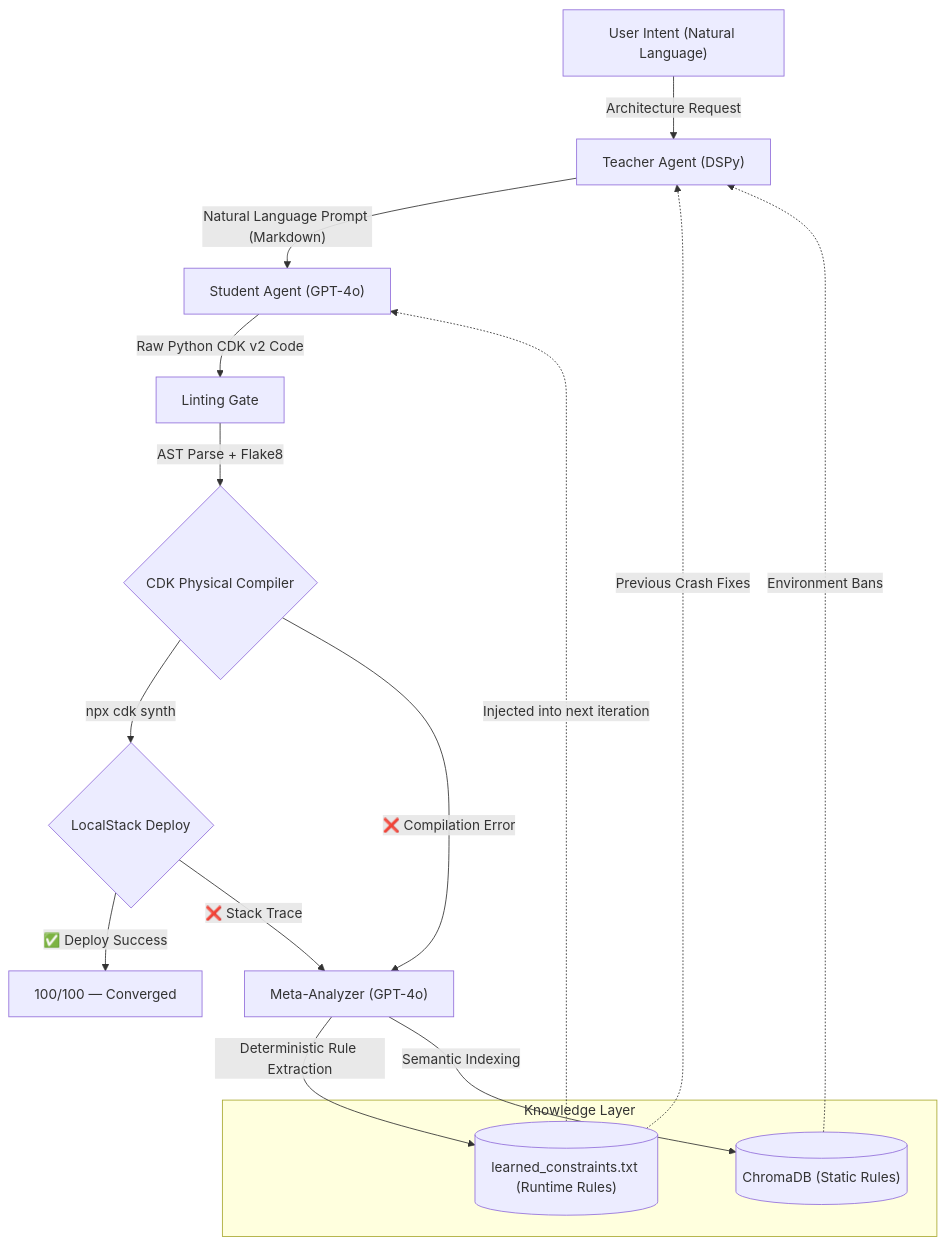
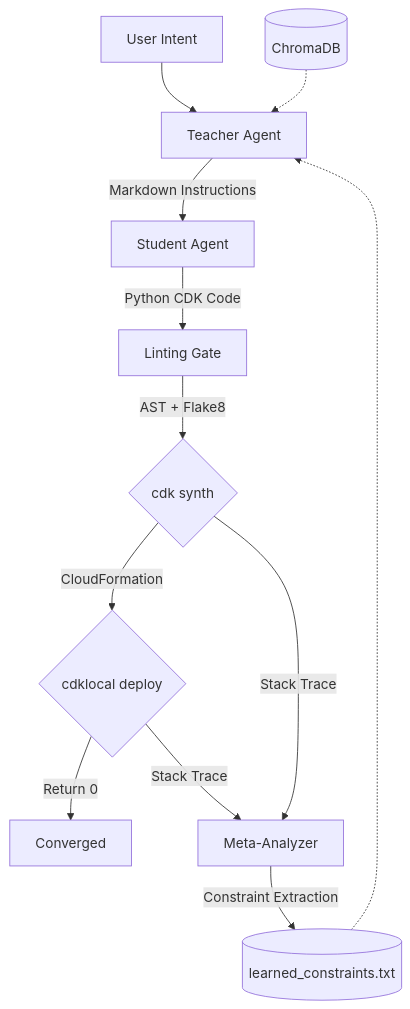
The diagram in README.md (vjb/iac-self-healer), drawn with Mermaid before and after one commit. The commit also changed other lines of this file and 2 other files, not shown here.

Commit message:
fix: Add SSM to LocalStack SERVICES env, rewrite docs to institutional standards, add ARCHITECTURE.md

````diff
--- a/README.md
+++ b/README.md
@@ -13,27 +15,19 @@
 ```mermaid
 graph TD
-    A["User Intent (Natural Language)"] -->|Architecture Request| B["Teacher Agent (DSPy)"]
+    A["User Intent"] --> B["Teacher Agent"]
     
-    subgraph "Knowledge Layer"
-        C[("ChromaDB (Static Rules)")]
-        H[("learned_constraints.txt (Runtime Rules)")]
-    end
+    C[("ChromaDB")] -.-> B
+    H[("learned_constraints.txt")] -.-> B
     
-    C -.->|Environment Bans| B
-    H -.->|Previous Crash Fixes| B
+    B -->|"Markdown Instructions"| D["Student Agent"]
+    D -->|"Python CDK Code"| E["Linting Gate"]
     
-    B -->|"Natural Language Prompt (Markdown)"| D["Student Agent (GPT-4o)"]
-    D -->|"Raw Python CDK v2 Code"| E["Linting Gate"]
+    E -->|"AST + Flake8"| F{"cdk synth"}
+    F -->|"CloudFormation"| G{"cdklocal deploy"}
     
-    E -->|"AST Parse + Flake8"| F{"CDK Physical Compiler"}
-    F -->|"npx cdk synth"| G{"LocalStack Deploy"}
+    G -- "Return 0" --> I["Converged"]
+    G -- "Stack Trace" --> J["Meta-Analyzer"]
+    F -- "Stack Trace" --> J
     
-    G -- "✅ Deploy Success" --> I["100/100 — Converged"]
-    G -- "❌ Stack Trace" --> J["Meta-Analyzer (GPT-4o)"]
-    F -- "❌ Compilation Error" --> J
-    
-    J -->|"Deterministic Rule Extraction"| H
-    J -->|"Semantic Indexing"| C
-    
-    H -.->|"Injected into next iteration"| D
+    J -->|"Constraint Extraction"| H
 ```
````
